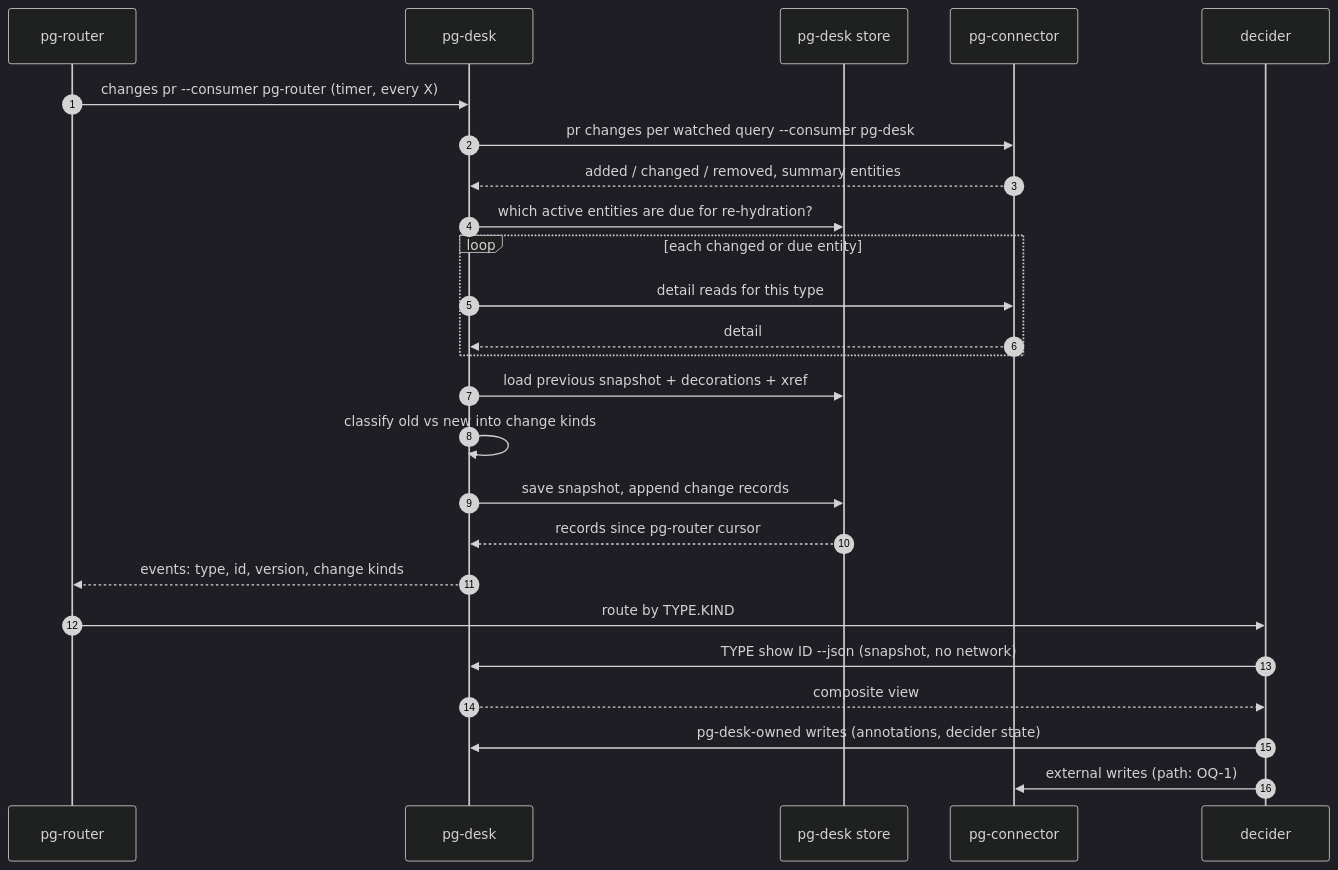
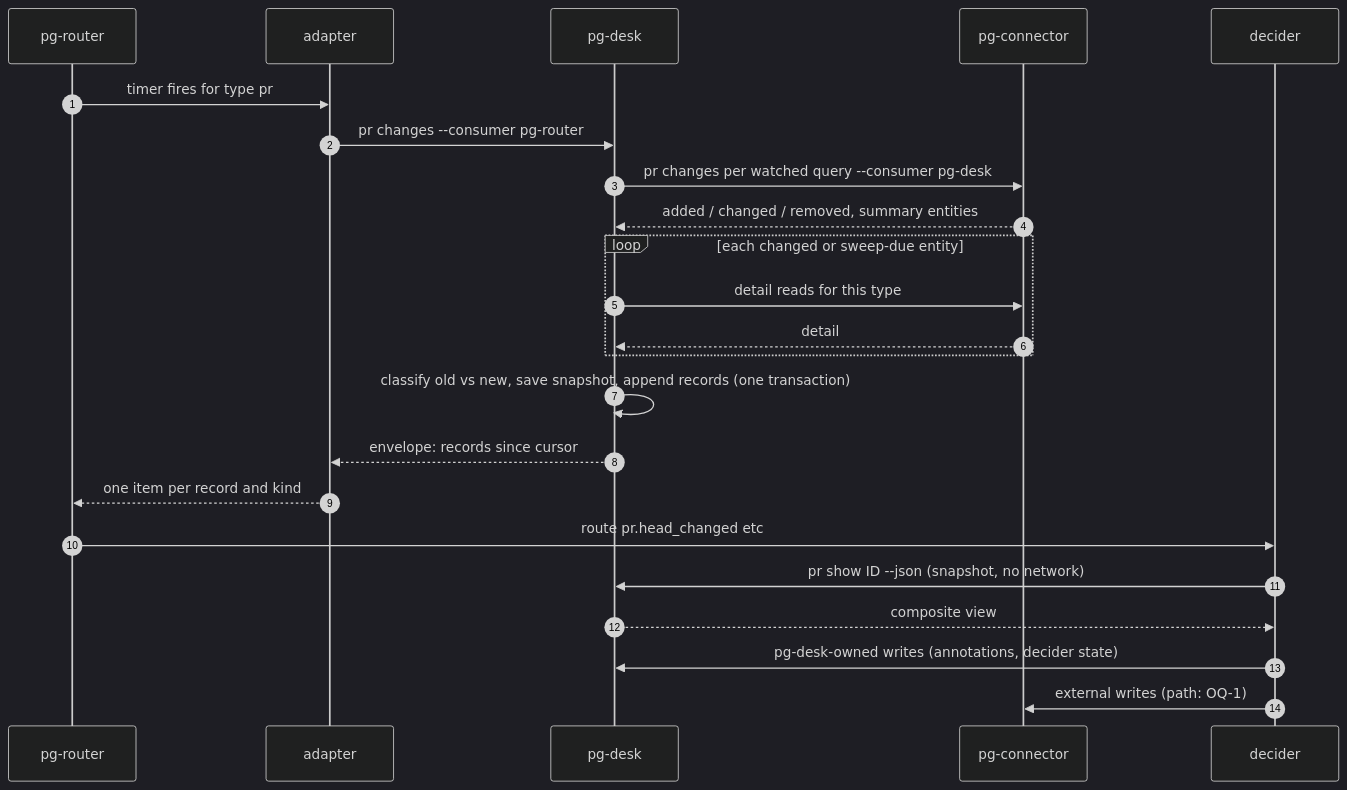
The second of 2 diagrams in docs/superpowers/specs/2026-09-29-entity-change-flow-design.md (phillipgreenii/nix-agent-support), drawn with Mermaid (dark theme) before and after one commit. The commit also changed other lines of this file, not shown here.

Commit message:
docs: entity change flow design rev 2 -- review fixes, contracts/schemas, user stories

````diff
--- a/docs/superpowers/specs/2026-09-29-entity-change-flow-design.md
+++ b/docs/superpowers/specs/2026-09-29-entity-change-flow-design.md
@@ -147,28 +131,26 @@
 ```mermaid
 sequenceDiagram
     autonumber
     participant R as pg-router
+    participant A as adapter
     participant D as pg-desk
-    participant S as pg-desk store
     participant C as pg-connector
     participant X as decider
 
-    R->>D: changes pr --consumer pg-router (timer, every X)
+    R->>A: timer fires for type pr
+    A->>D: pr changes --consumer pg-router
     D->>C: pr changes per watched query --consumer pg-desk
     C-->>D: added / changed / removed, summary entities
-    D->>S: which active entities are due for re-hydration?
-    loop each changed or due entity
+    loop each changed or sweep-due entity
         D->>C: detail reads for this type
         C-->>D: detail
     end
-    D->>S: load previous snapshot + decorations + xref
-    D->>D: classify old vs new into change kinds
-    D->>S: save snapshot, append change records
-    S-->>D: records since pg-router cursor
-    D-->>R: events: type, id, version, change kinds
-    R->>X: route by TYPE.KIND
-    X->>D: TYPE show ID --json (snapshot, no network)
+    D->>D: classify old vs new, save snapshot, append records (one transaction)
+    D-->>A: envelope: records since cursor
+    A-->>R: one item per record and kind
+    R->>X: route pr.head_changed etc
+    X->>D: pr show ID --json (snapshot, no network)
     D-->>X: composite view
     X->>D: pg-desk-owned writes (annotations, decider state)
     X->>C: external writes (path: OQ-1)
 ```
````
